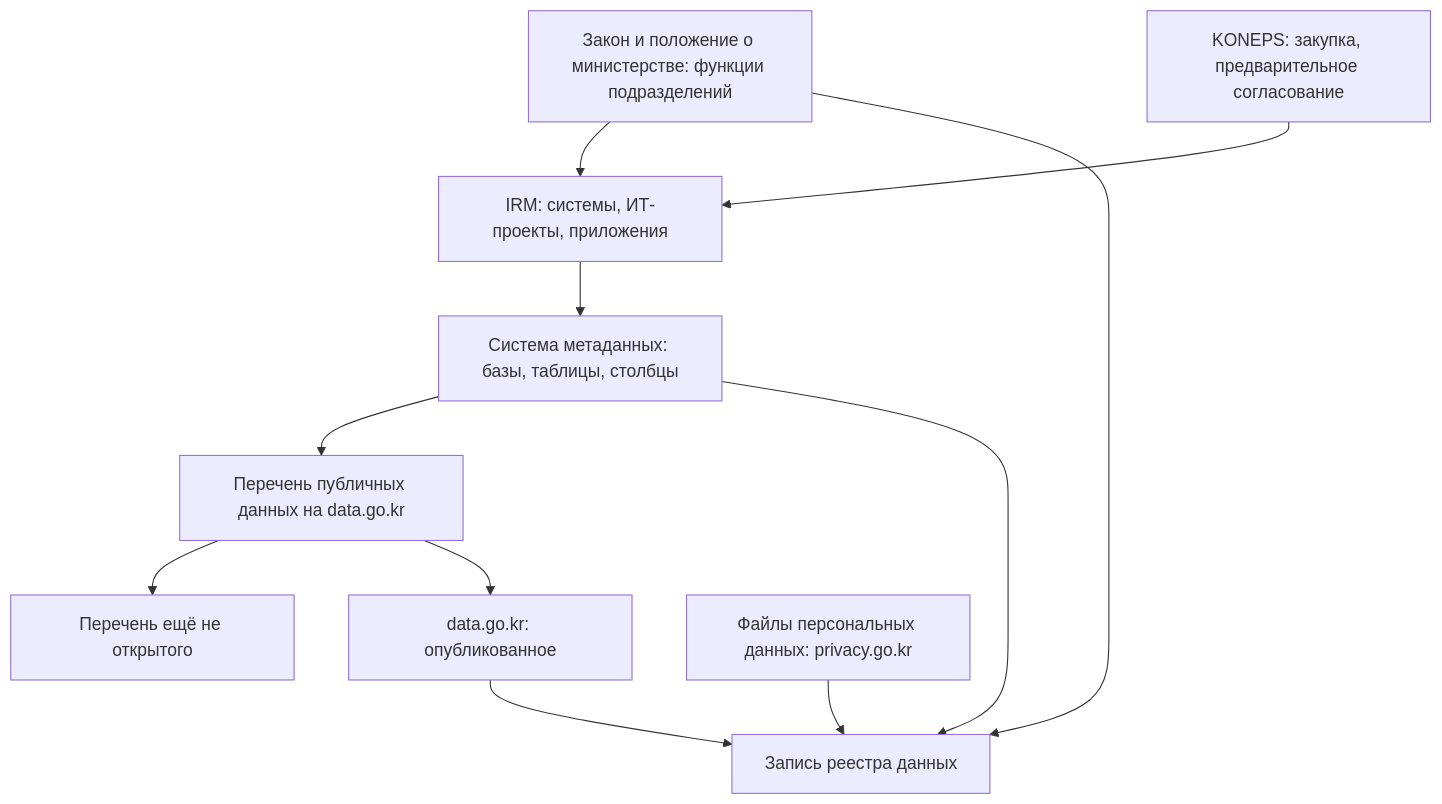
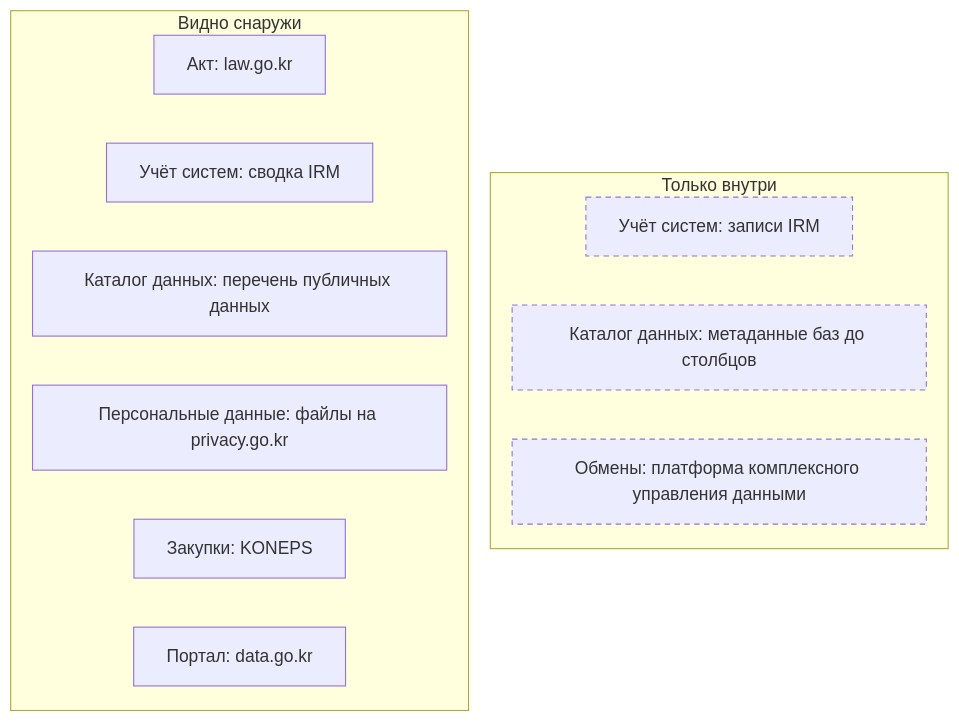
Before and after one commit to ivbeg/data-inventory: the first of 2 diagrams in docs/07-countries/06-south-korea.md, drawn with Mermaid. The commit also changed other lines of this file and 54 other files, not shown here.

````diff
--- a/docs/07-countries/06-south-korea.md
+++ b/docs/07-countries/06-south-korea.md
@@ -24,13 +13,21 @@
 ```mermaid
-flowchart TB
-  A["Закон и положение о министерстве: функции подразделений"] --> I["IRM: системы, ИТ-проекты, приложения"]
-  K["KONEPS: закупка, предварительное согласование"] --> I
-  I --> M["Система метаданных: базы, таблицы, столбцы"]
-  M --> L["Перечень публичных данных на data.go.kr"]
-  L --> P["Перечень ещё не открытого"]
-  L --> O["data.go.kr: опубликованное"]
-  F["Файлы персональных данных: privacy.go.kr"] --> R["Запись реестра данных"]
-  M --> R
-  O --> R
-  A --> R
+---
+config:
+  flowchart:
+    wrappingWidth: 320
+    nodeSpacing: 20
+    rankSpacing: 20
+---
+flowchart LR
+  subgraph OUT["Видно снаружи"]
+    direction TB
+    A["Акт: law.go.kr"] ~~~ S["Учёт систем: сводка IRM"] ~~~ C["Каталог данных: перечень публичных данных"] ~~~ D["Персональные данные: файлы на privacy.go.kr"] ~~~ Z["Закупки: KONEPS"] ~~~ P["Портал: data.go.kr"]
+  end
+  subgraph IN["Только внутри"]
+    direction TB
+    S2["Учёт систем: записи IRM"] ~~~ C2["Каталог данных: метаданные баз до столбцов"] ~~~ E["Обмены: платформа комплексного управления данными"]
+  end
+  OUT ~~~ IN
+  classDef inside stroke-dasharray: 5 4
+  class S2,C2,E inside
 ```
````
